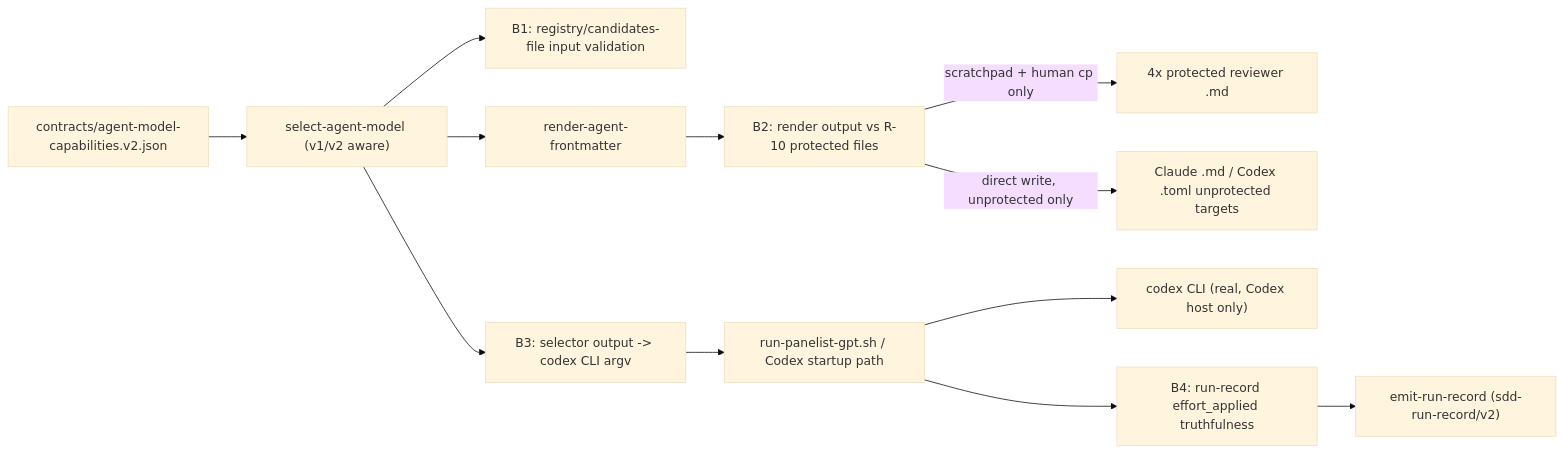
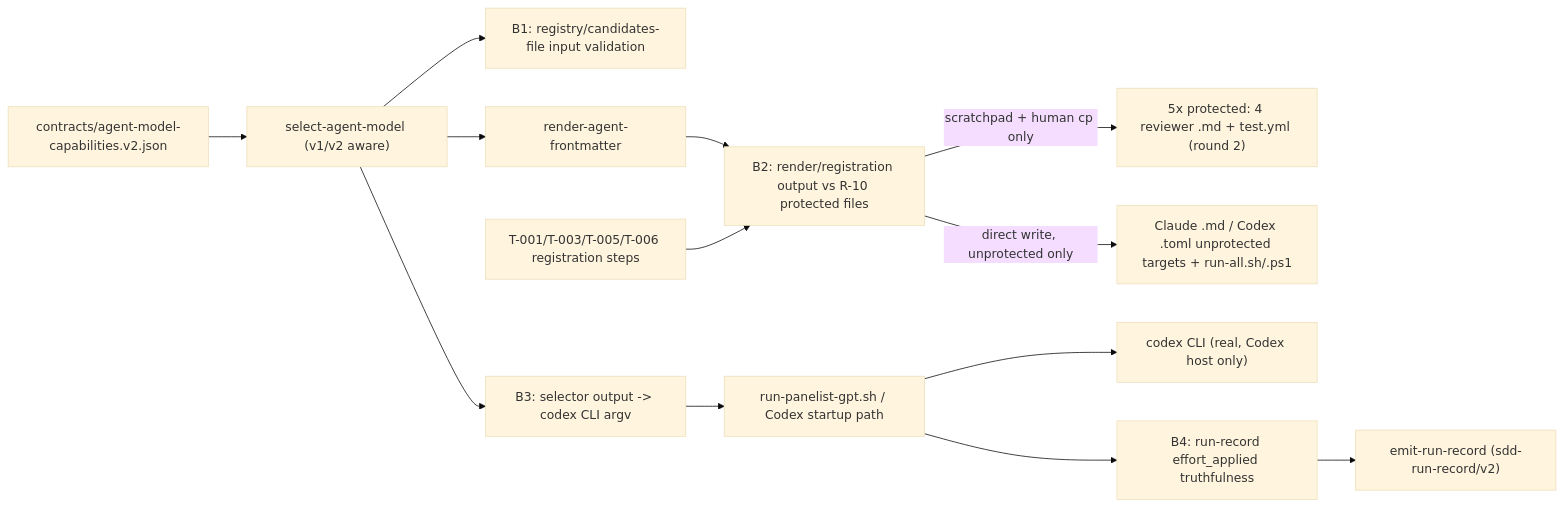
Before and after one commit to aharada54914/sdd-forge: the diagram in specs/epic-159-pillar-c/security-spec.md, drawn with Mermaid (base theme). The commit also changed other lines of this file and 8 other files, not shown here.

First line of the commit message:
docs(spec): epic-159-pillar-c round-3 remediation - test.yml human-copy, AC-053/054

````diff
--- a/specs/epic-159-pillar-c/security-spec.md
+++ b/specs/epic-159-pillar-c/security-spec.md
@@ -19,14 +23,15 @@
 ```mermaid
 flowchart LR
   REG["contracts/agent-model-capabilities.v2.json"] --> SEL["select-agent-model (v1/v2 aware)"]
   SEL --> B1["B1: registry/candidates-file input validation"]
   SEL --> RENDER["render-agent-frontmatter"]
-  RENDER --> B2["B2: render output vs R-10 protected files"]
-  B2 -->|scratchpad + human cp only| PROTECTED["4x protected reviewer .md"]
-  B2 -->|direct write, unprotected only| UNPROT["Claude .md / Codex .toml unprotected targets"]
+  RENDER --> B2["B2: render/registration output vs R-10 protected files"]
+  B2 -->|scratchpad + human cp only| PROTECTED["5x protected: 4 reviewer .md + test.yml (round 2)"]
+  B2 -->|direct write, unprotected only| UNPROT["Claude .md / Codex .toml unprotected targets + run-all.sh/.ps1"]
+  T001["T-001/T-003/T-005/T-006 registration steps"] --> B2
   SEL --> B3["B3: selector output -> codex CLI argv"]
   B3 --> PANEL["run-panelist-gpt.sh / Codex startup path"]
   PANEL --> CODEXCLI["codex CLI (real, Codex host only)"]
   PANEL --> B4["B4: run-record effort_applied truthfulness"]
   B4 --> RECORD["emit-run-record (sdd-run-record/v2)"]
 ```
````
